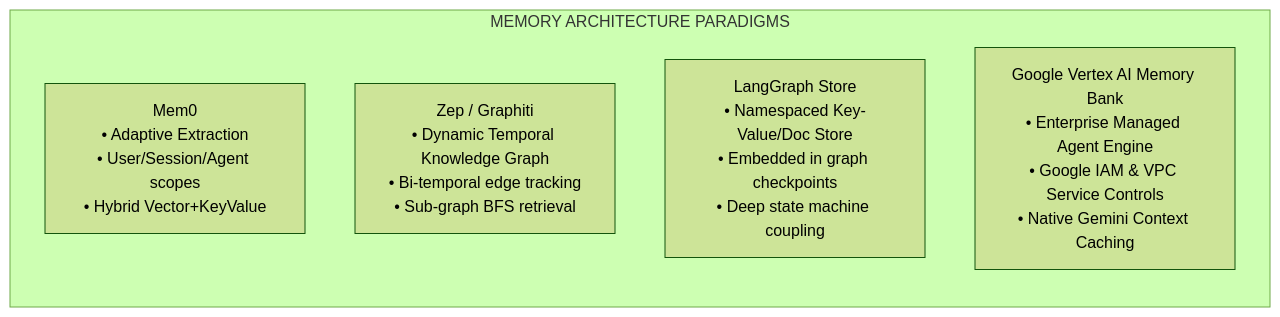
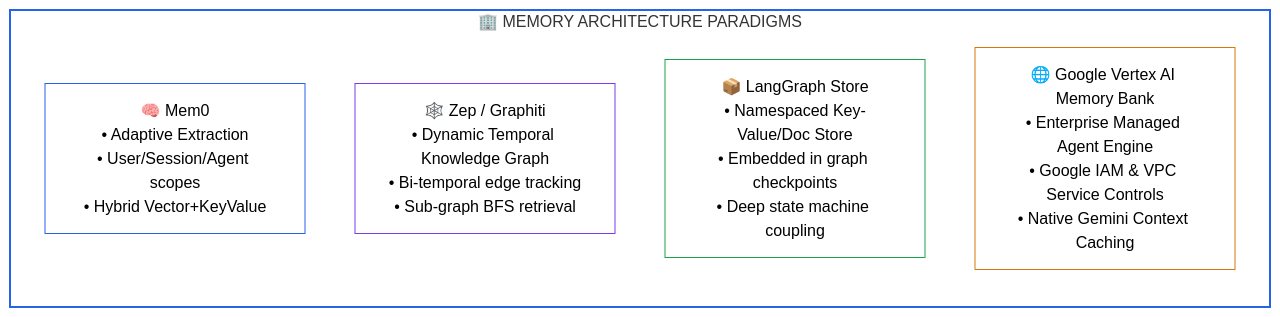
Before and after one commit to dip4k/senior-engineer-to-ai-engineer-roadmap: the fourth of 13 diagrams in 04-agentic-systems-and-orchestration/labs/lab5-agent-memory-system.md, drawn with Mermaid (forest theme). The commit also changed other lines of this file and 94 other files, not shown here.

Commit message:
refactor(curriculum): complete Phase 04 upgrade and enforce diagram renderer invariants

````diff
--- a/04-agentic-systems-and-orchestration/labs/lab5-agent-memory-system.md
+++ b/04-agentic-systems-and-orchestration/labs/lab5-agent-memory-system.md
@@ -195,9 +226,15 @@
 ```mermaid
 flowchart LR
-    subgraph Vendors["MEMORY ARCHITECTURE PARADIGMS"]
-        M0["Mem0\n• Adaptive Extraction\n• User/Session/Agent scopes\n• Hybrid Vector+KeyValue"]
-        ZP["Zep / Graphiti\n• Dynamic Temporal Knowledge Graph\n• Bi-temporal edge tracking\n• Sub-graph BFS retrieval"]
-        LG["LangGraph Store\n• Namespaced Key-Value/Doc Store\n• Embedded in graph checkpoints\n• Deep state machine coupling"]
-        VX["Google Vertex AI Memory Bank\n• Enterprise Managed Agent Engine\n• Google IAM & VPC Service Controls\n• Native Gemini Context Caching"]
+    subgraph Vendors["🏢 MEMORY ARCHITECTURE PARADIGMS"]
+        M0["🧠 Mem0<br/>• Adaptive Extraction<br/>• User/Session/Agent scopes<br/>• Hybrid Vector+KeyValue"]
+        ZP["🕸️ Zep / Graphiti<br/>• Dynamic Temporal Knowledge Graph<br/>• Bi-temporal edge tracking<br/>• Sub-graph BFS retrieval"]
+        LG["📦 LangGraph Store<br/>• Namespaced Key-Value/Doc Store<br/>• Embedded in graph checkpoints<br/>• Deep state machine coupling"]
+        VX["🌐 Google Vertex AI Memory Bank<br/>• Enterprise Managed Agent Engine<br/>• Google IAM & VPC Service Controls<br/>• Native Gemini Context Caching"]
     end
+
+    style Vendors fill:none,stroke:#2563eb,stroke-width:2px
+    style M0 stroke:#2563eb,stroke-width:1px,fill:none
+    style ZP stroke:#7c3aed,stroke-width:1px,fill:none
+    style LG stroke:#16a34a,stroke-width:1px,fill:none
+    style VX stroke:#d97706,stroke-width:1px,fill:none
 ```
````
